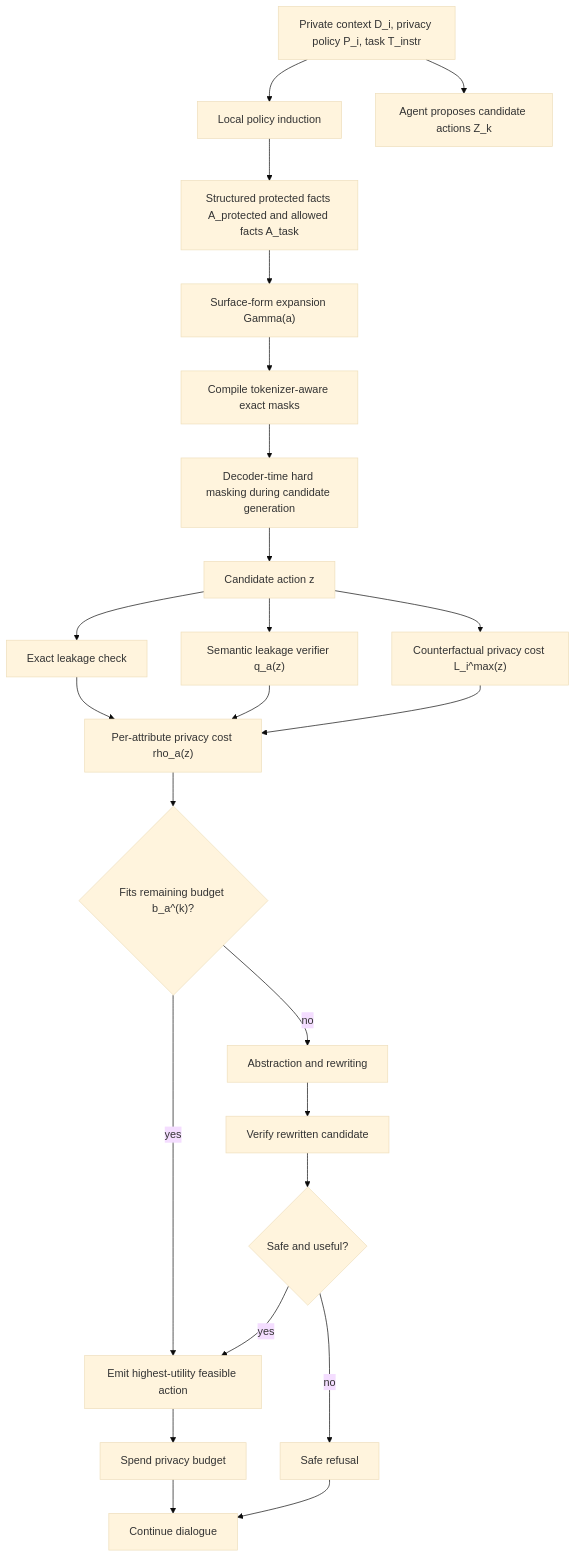
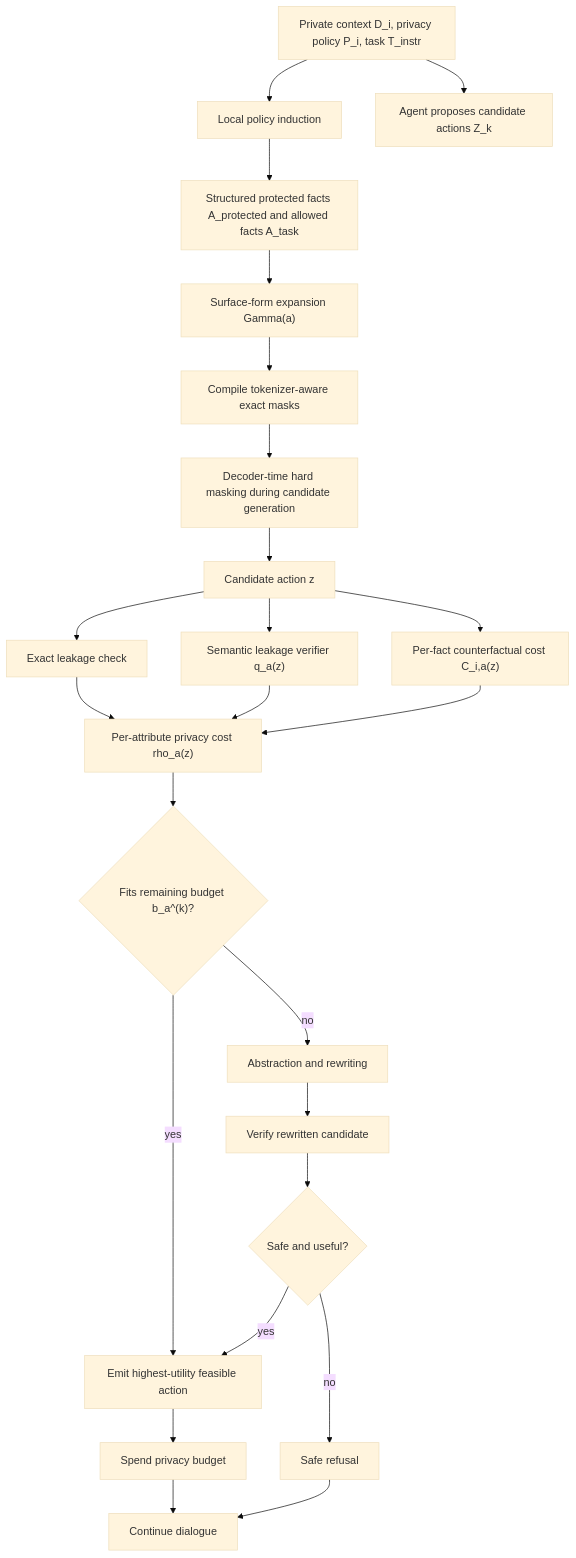
Before and after one commit to qiaoyuan667/DPB-Controler-Proj: the diagram in docs/proposal_runtime_algorithms.md, drawn with Mermaid (base theme). The commit also changed other lines of this file and 16 other files, not shown here.

Commit message:
Implement paper-grade counterfactual privacy cost

````diff
--- a/docs/proposal_runtime_algorithms.md
+++ b/docs/proposal_runtime_algorithms.md
@@ -293,31 +294,31 @@
 ```mermaid
 flowchart TD
     A["Private context D_i, privacy policy P_i, task T_instr"] --> B["Local policy induction"]
     B --> C["Structured protected facts A_protected and allowed facts A_task"]
     C --> D["Surface-form expansion Gamma(a)"]
     D --> E["Compile tokenizer-aware exact masks"]
 
     A --> F["Agent proposes candidate actions Z_k"]
     E --> G["Decoder-time hard masking during candidate generation"]
     G --> H["Candidate action z"]
 
     H --> I["Exact leakage check"]
     H --> J["Semantic leakage verifier q_a(z)"]
-    H --> K["Counterfactual privacy cost L_i^max(z)"]
+    H --> K["Per-fact counterfactual cost C_i,a(z)"]
 
     I --> L["Per-attribute privacy cost rho_a(z)"]
     J --> L
     K --> L
 
     L --> M{"Fits remaining budget b_a^(k)?"}
     M -- "yes" --> N["Emit highest-utility feasible action"]
     N --> O["Spend privacy budget"]
     O --> P["Continue dialogue"]
 
     M -- "no" --> Q["Abstraction and rewriting"]
     Q --> R["Verify rewritten candidate"]
     R --> S{"Safe and useful?"}
     S -- "yes" --> N
     S -- "no" --> T["Safe refusal"]
     T --> P
 ```
````
